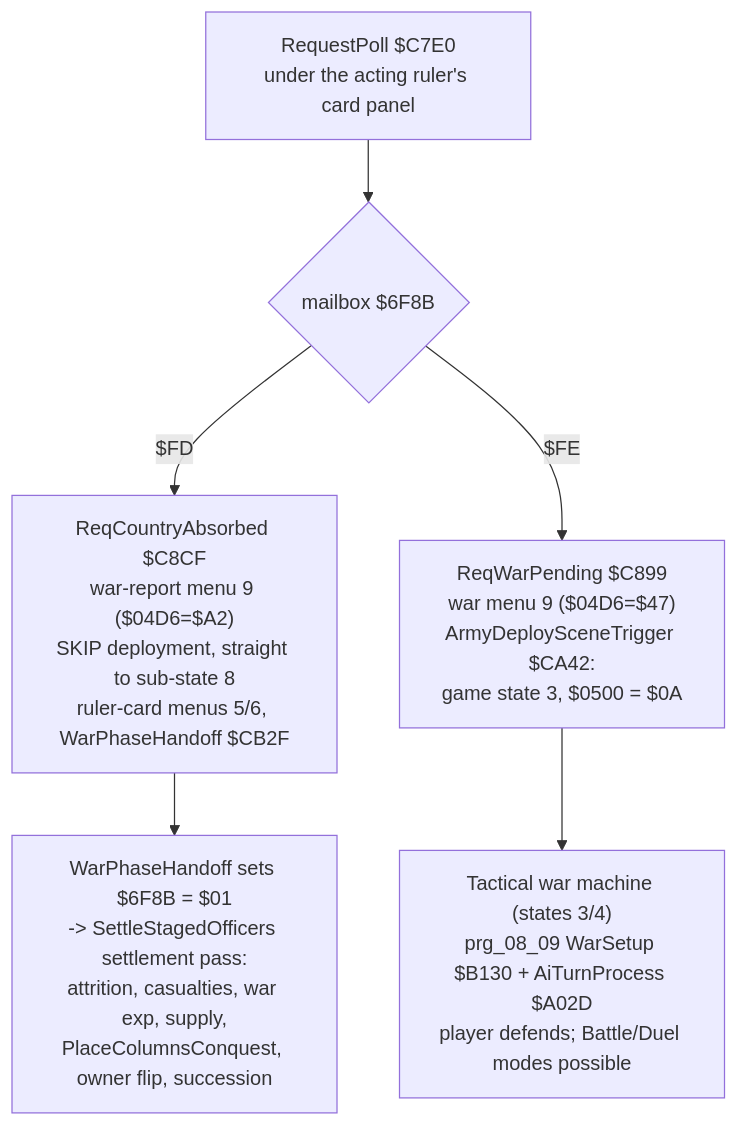
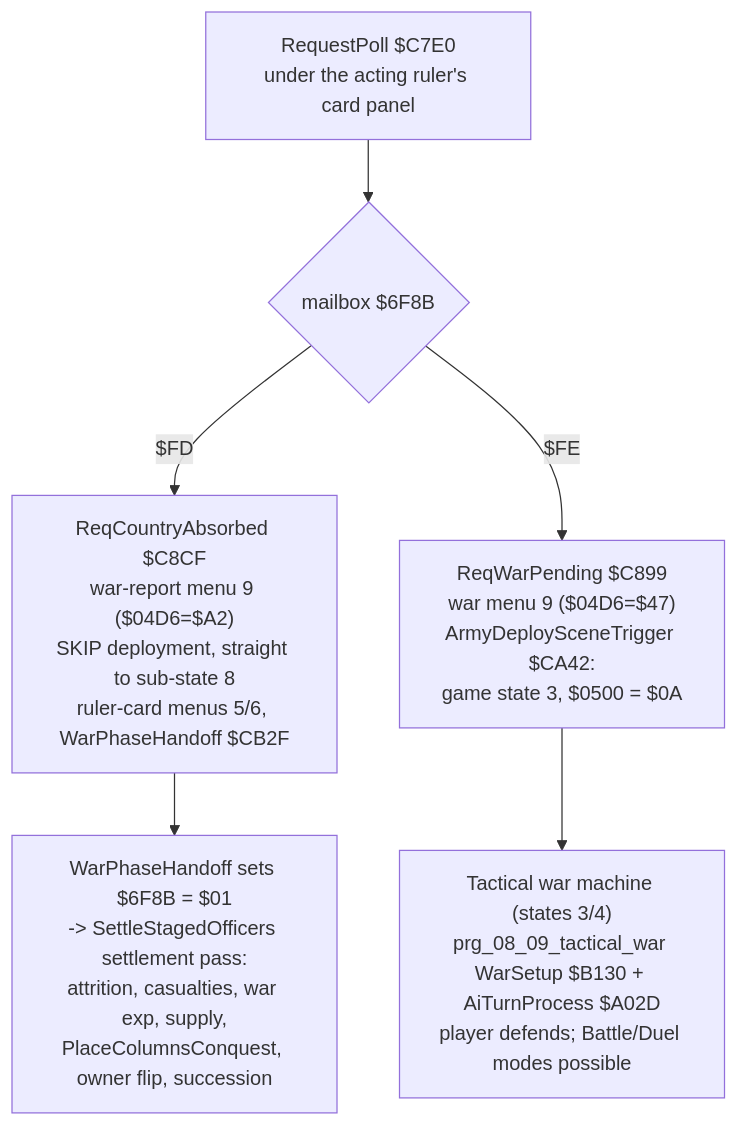
The sixth of 7 diagrams in code/ai_vs_ai_war_resolution.md (rabbyzero/sango2dasm), drawn with Mermaid before and after one commit. The commit also changed other lines of this file and 134 other files, not shown here.

````diff
--- a/code/ai_vs_ai_war_resolution.md
+++ b/code/ai_vs_ai_war_resolution.md
@@ -181,8 +181,8 @@
 ```mermaid
 flowchart TD
     RP["RequestPoll $C7E0<br/>under the acting ruler's card panel"] --> DEC{"mailbox $6F8B"}
     DEC -- "$FD" --> ABSD["ReqCountryAbsorbed $C8CF<br/>war-report menu 9 ($04D6=$A2)<br/>SKIP deployment, straight to sub-state 8<br/>ruler-card menus 5/6, WarPhaseHandoff $CB2F"]
     DEC -- "$FE" --> PEND["ReqWarPending $C899<br/>war menu 9 ($04D6=$47)<br/>ArmyDeploySceneTrigger $CA42:<br/>game state 3, $0500 = $0A"]
     ABSD --> ACK["WarPhaseHandoff sets $6F8B = $01<br/>-> SettleStagedOfficers settlement pass:<br/>attrition, casualties, war exp, supply,<br/>PlaceColumnsConquest, owner flip, succession"]
-    PEND --> TACT["Tactical war machine (states 3/4)<br/>prg_08_09 WarSetup $B130 + AiTurnProcess $A02D<br/>player defends; Battle/Duel modes possible"]
+    PEND --> TACT["Tactical war machine (states 3/4)<br/>prg_08_09_tactical_war WarSetup $B130 + AiTurnProcess $A02D<br/>player defends; Battle/Duel modes possible"]
 ```
````
